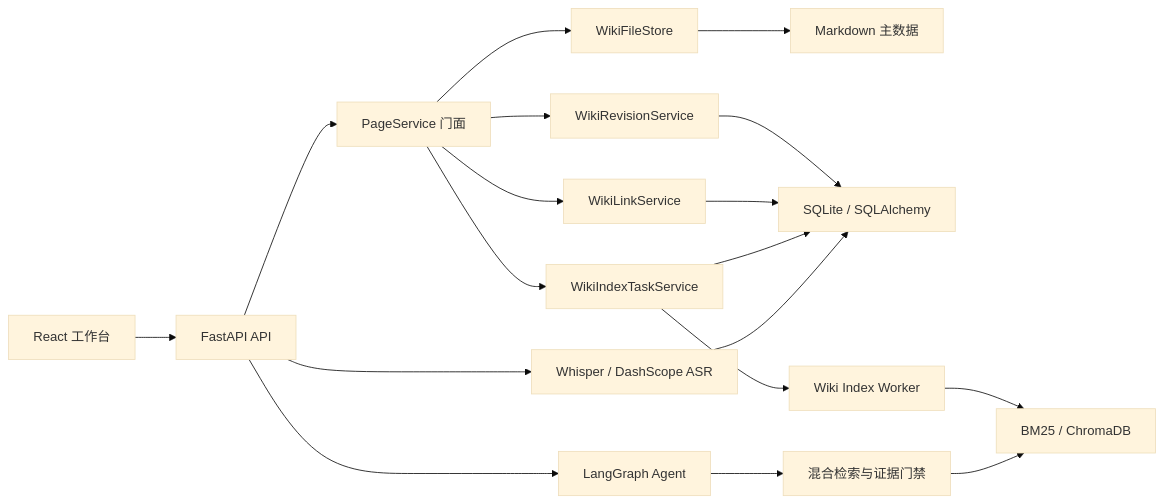
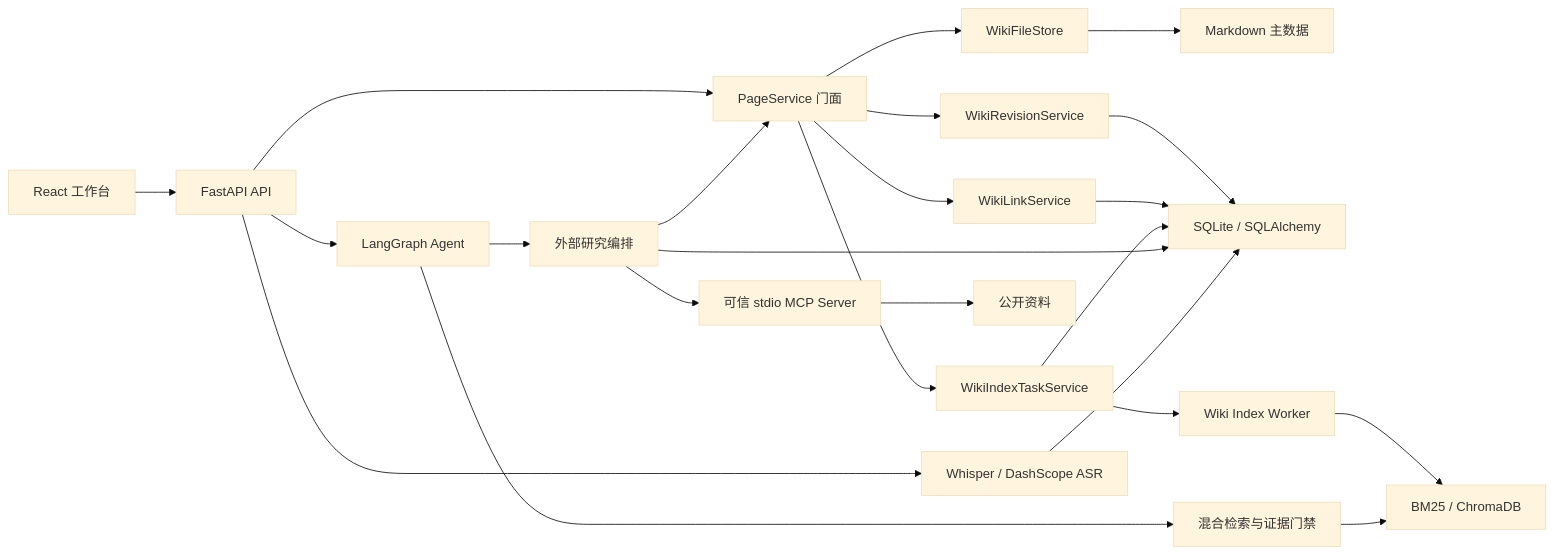
Before and after one commit to 3336-zheng/zhiyu-voice-assistant: the diagram in docs/architecture.md, drawn with Mermaid (base theme). The commit also changed other lines of this file and 21 other files, not shown here.

````diff
--- a/docs/architecture.md
+++ b/docs/architecture.md
@@ -11,20 +11,25 @@
 ```mermaid
 flowchart LR
     UI["React 工作台"] --> API["FastAPI API"]
     API --> PAGE["PageService 门面"]
     PAGE --> FILE["WikiFileStore"]
     PAGE --> REV["WikiRevisionService"]
     PAGE --> LINK["WikiLinkService"]
     PAGE --> TASK["WikiIndexTaskService"]
     FILE --> MD["Markdown 主数据"]
     REV --> DB["SQLite / SQLAlchemy"]
     LINK --> DB
     TASK --> DB
     TASK --> WORKER["Wiki Index Worker"]
     WORKER --> SEARCH["BM25 / ChromaDB"]
     API --> AGENT["LangGraph Agent"]
     AGENT --> RETRIEVAL["混合检索与证据门禁"]
     RETRIEVAL --> SEARCH
+    AGENT --> RESEARCH["外部研究编排"]
+    RESEARCH --> MCP["可信 stdio MCP Server"]
+    MCP --> WEB["公开资料"]
+    RESEARCH --> DB
+    RESEARCH --> PAGE
     API --> AUDIO["Whisper / DashScope ASR"]
     AUDIO --> DB
 ```
````
